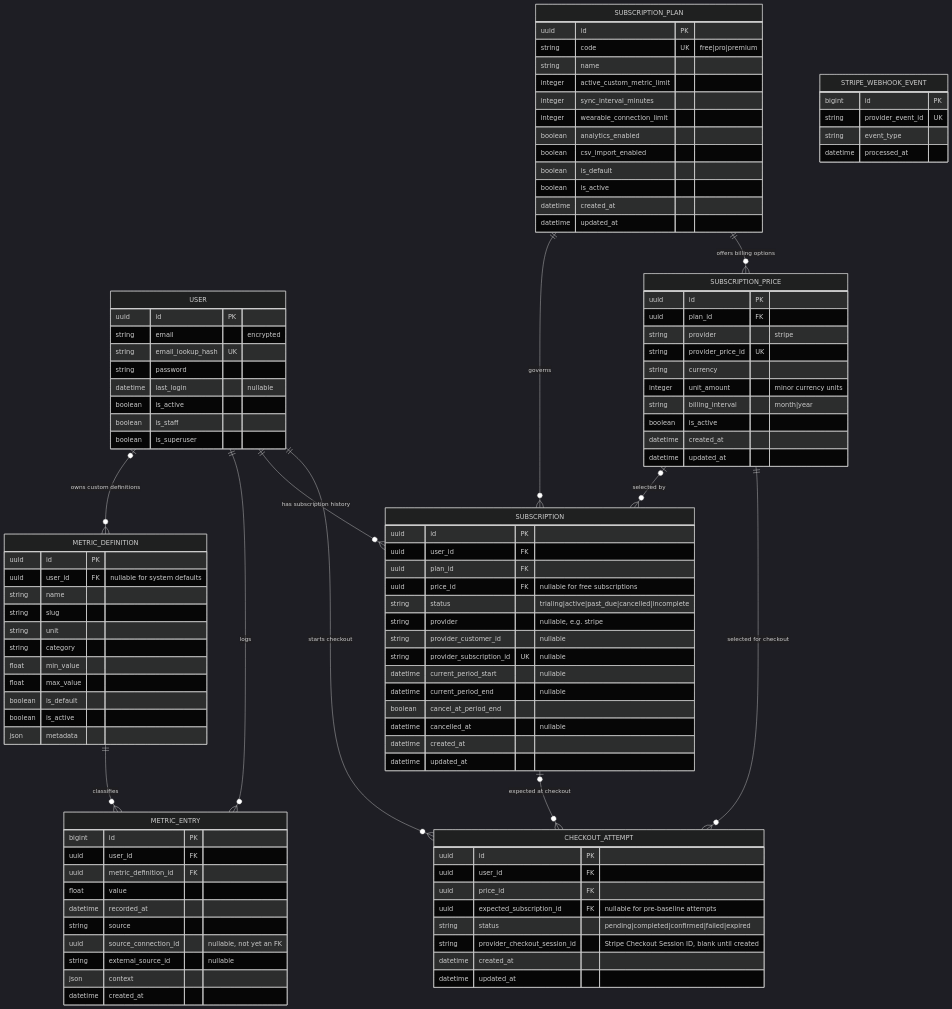
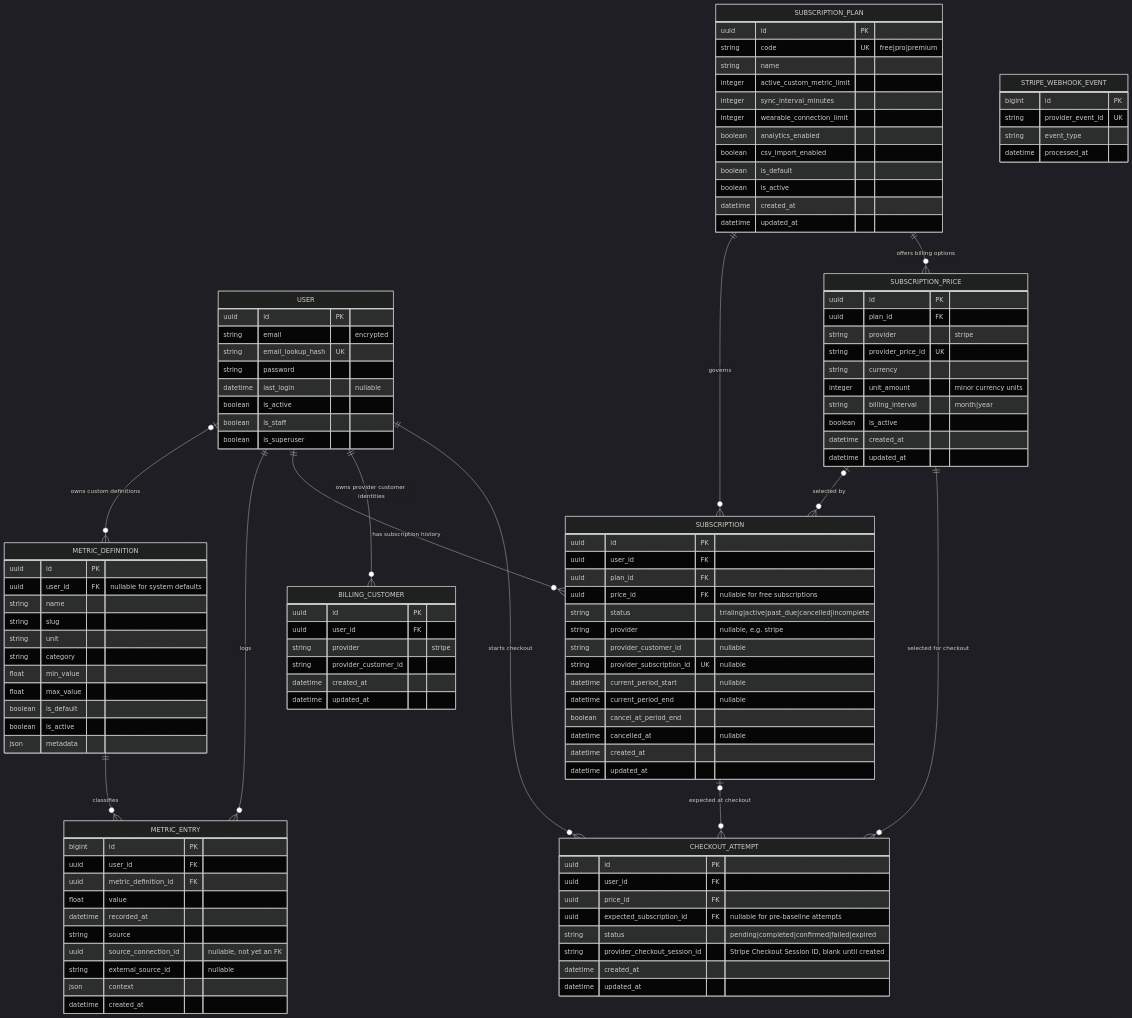
Before and after one commit to elvisrepo/long: the diagram in reference_docs/knowledge/diagrams/current-plus-subscription-plan-erd.md, drawn with Mermaid (dark theme). The commit also changed other lines of this file and 10 other files, not shown here.

Commit message:
Billing Customer

```diff
--- a/reference_docs/knowledge/diagrams/current-plus-subscription-plan-erd.md
+++ b/reference_docs/knowledge/diagrams/current-plus-subscription-plan-erd.md
@@ -58,6 +58,7 @@
     %% IMPLEMENTED SUBSCRIPTION AND ENTITLEMENT TABLES
 
     USER ||--o{ SUBSCRIPTION : "has subscription history"
+    USER ||--o{ BILLING_CUSTOMER : "owns provider customer identities"
     USER ||--o{ CHECKOUT_ATTEMPT : "starts checkout"
     SUBSCRIPTION_PLAN ||--o{ SUBSCRIPTION : governs
     SUBSCRIPTION_PLAN ||--o{ SUBSCRIPTION_PRICE : "offers billing options"
@@ -76,6 +77,15 @@
         boolean csv_import_enabled
         boolean is_default
         boolean is_active
+        datetime created_at
+        datetime updated_at
+    }
+
+    BILLING_CUSTOMER {
+        uuid id PK
+        uuid user_id FK
+        string provider "stripe"
+        string provider_customer_id
         datetime created_at
         datetime updated_at
     }
```
